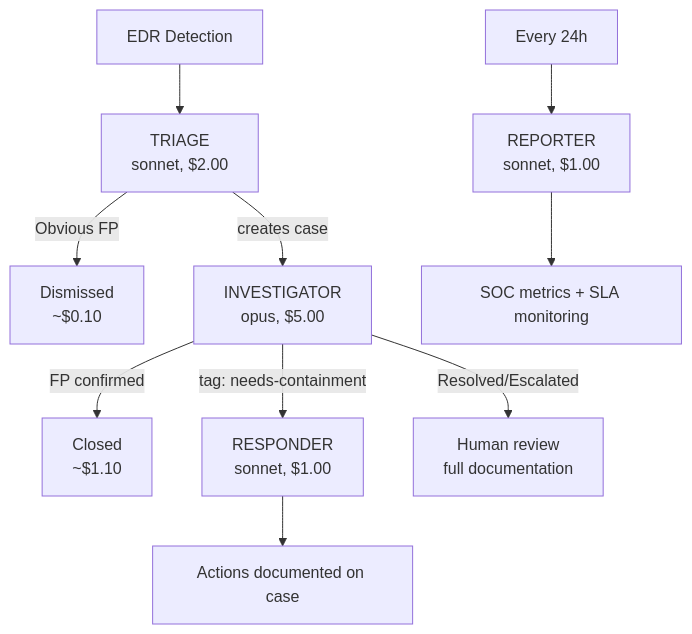
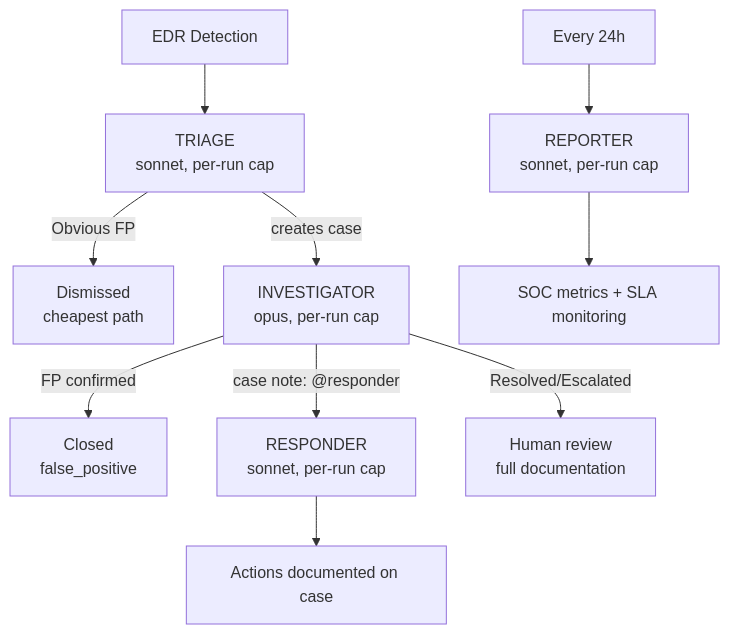
Before and after one commit to refractionPOINT/documentation: the diagram in docs/1-getting-started/mssp-walkthrough.md, drawn with Mermaid. The commit also changed other lines of this file, not shown here.

````diff
--- a/docs/1-getting-started/mssp-walkthrough.md
+++ b/docs/1-getting-started/mssp-walkthrough.md
@@ -1861,13 +1920,13 @@
 ```mermaid
 flowchart TD
-    det[EDR Detection] --> triage["TRIAGE<br/>sonnet, $2.00"]
-    triage -->|Obvious FP| dismissed["Dismissed<br/>~$0.10"]
-    triage -->|creates case| inv["INVESTIGATOR<br/>opus, $5.00"]
-    inv -->|FP confirmed| closed["Closed<br/>~$1.10"]
-    inv -->|"tag: needs-containment"| resp["RESPONDER<br/>sonnet, $1.00"]
+    det[EDR Detection] --> triage["TRIAGE<br/>sonnet, per-run cap"]
+    triage -->|Obvious FP| dismissed["Dismissed<br/>cheapest path"]
+    triage -->|creates case| inv["INVESTIGATOR<br/>opus, per-run cap"]
+    inv -->|FP confirmed| closed["Closed<br/>false_positive"]
+    inv -->|"case note: @responder"| resp["RESPONDER<br/>sonnet, per-run cap"]
     resp --> actions[Actions documented on case]
     inv -->|Resolved/Escalated| human["Human review<br/>full documentation"]
 
-    schedule["Every 24h"] --> reporter["REPORTER<br/>sonnet, $1.00"]
+    schedule["Every 24h"] --> reporter["REPORTER<br/>sonnet, per-run cap"]
     reporter --> metrics[SOC metrics + SLA monitoring]
 ```
````
